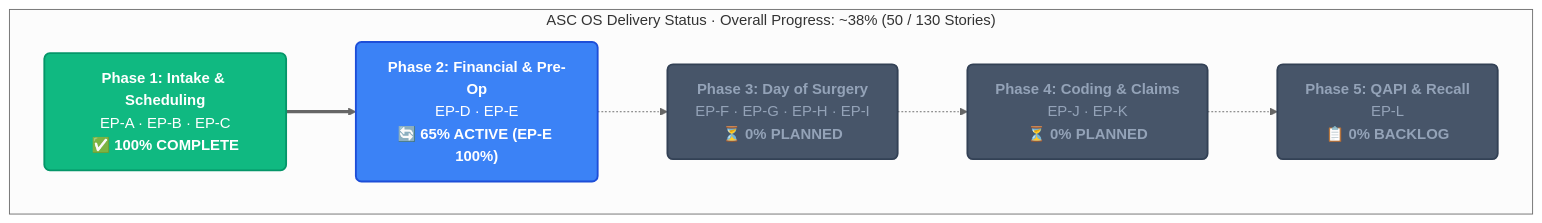
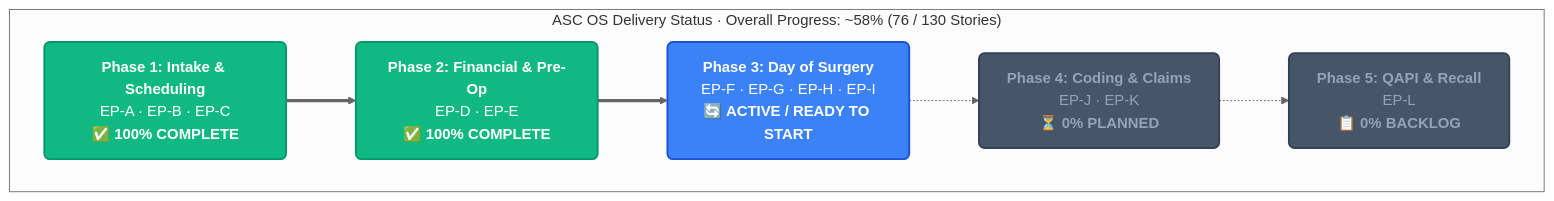
The first of 2 diagrams in README.md (imRahul05/ASC-EHR), drawn with Mermaid (neutral theme) before and after one commit. The commit also changed other lines of this file and 6 other files, not shown here.

Commit message:
docs: reconcile Phase 2 completion, update Phase 3 roadmap, and clean up obsolete docs

````diff
--- a/README.md
+++ b/README.md
@@ -20,17 +20,17 @@
 ```mermaid
 flowchart LR
     classDef done fill:#10b981,stroke:#059669,stroke-width:2px,color:#fff,rx:6px,ry:6px
     classDef active fill:#3b82f6,stroke:#1d4ed8,stroke-width:2px,color:#fff,rx:6px,ry:6px
     classDef planned fill:#475569,stroke:#334155,stroke-width:2px,color:#94a3b8,rx:6px,ry:6px
 
-    subgraph Roadmap ["ASC OS Delivery Status · Overall Progress: ~38% (50 / 130 Stories)"]
+    subgraph Roadmap ["ASC OS Delivery Status · Overall Progress: ~58% (76 / 130 Stories)"]
         direction LR
         P1["<b>Phase 1: Intake & Scheduling</b><br/>EP-A · EP-B · EP-C<br/>✅ <b>100% COMPLETE</b>"]:::done
-        P2["<b>Phase 2: Financial & Pre-Op</b><br/>EP-D · EP-E<br/>🔄 <b>65% ACTIVE (EP-E 100%)</b>"]:::active
-        P3["<b>Phase 3: Day of Surgery</b><br/>EP-F · EP-G · EP-H · EP-I<br/>⏳ <b>0% PLANNED</b>"]:::planned
+        P2["<b>Phase 2: Financial & Pre-Op</b><br/>EP-D · EP-E<br/>✅ <b>100% COMPLETE</b>"]:::done
+        P3["<b>Phase 3: Day of Surgery</b><br/>EP-F · EP-G · EP-H · EP-I<br/>🔄 <b>ACTIVE / READY TO START</b>"]:::active
         P4["<b>Phase 4: Coding & Claims</b><br/>EP-J · EP-K<br/>⏳ <b>0% PLANNED</b>"]:::planned
         P5["<b>Phase 5: QAPI & Recall</b><br/>EP-L<br/>📋 <b>0% BACKLOG</b>"]:::planned
 
-        P1 ==> P2 -.-> P3 -.-> P4 -.-> P5
+        P1 ==> P2 ==> P3 -.-> P4 -.-> P5
     end
 ```
````
